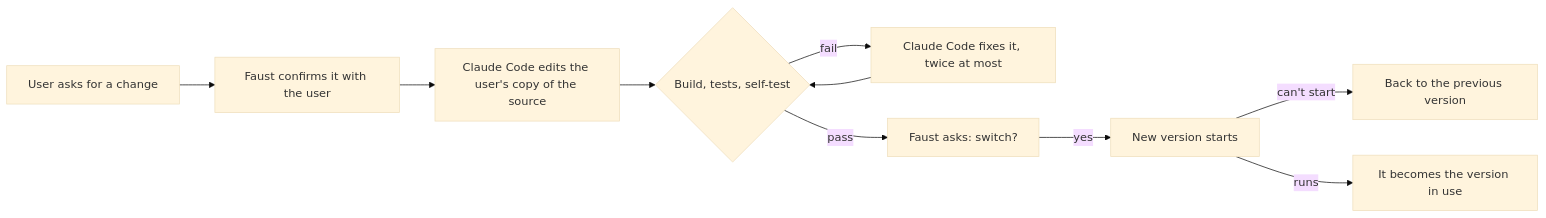
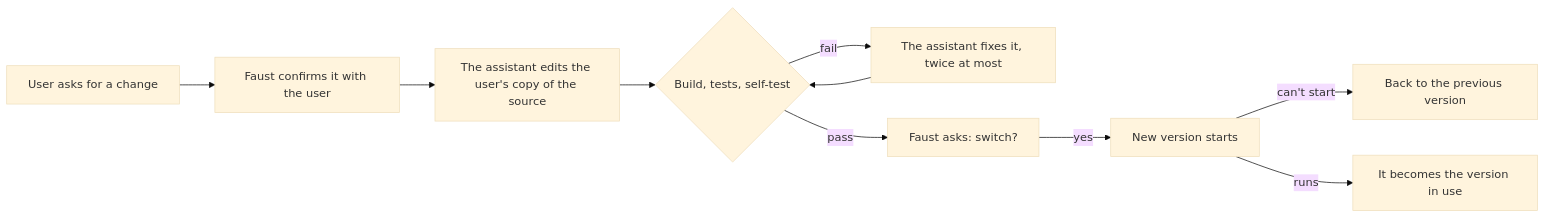
The diagram in README.md (renshi-a/faust), drawn with Mermaid (base theme) before and after one commit. The commit also changed other lines of this file and 18 other files, not shown here.

First line of the commit message:
Let users choose any model with an OpenAI-compatible API, not just Claude Code

````diff
--- a/README.md
+++ b/README.md
@@ -53,11 +53,11 @@
 ```mermaid
 flowchart LR
     A[User asks for a change] --> B[Faust confirms it with the user]
-    B --> C[Claude Code edits the user's copy of the source]
+    B --> C[The assistant edits the user's copy of the source]
     C --> D{Build, tests, self-test}
-    D -- fail --> C2[Claude Code fixes it, twice at most] --> D
+    D -- fail --> C2[The assistant fixes it, twice at most] --> D
     D -- pass --> E[Faust asks: switch?]
     E -- yes --> F[New version starts]
     F -- can't start --> G[Back to the previous version]
     F -- runs --> H[It becomes the version in use]
 ```
````
